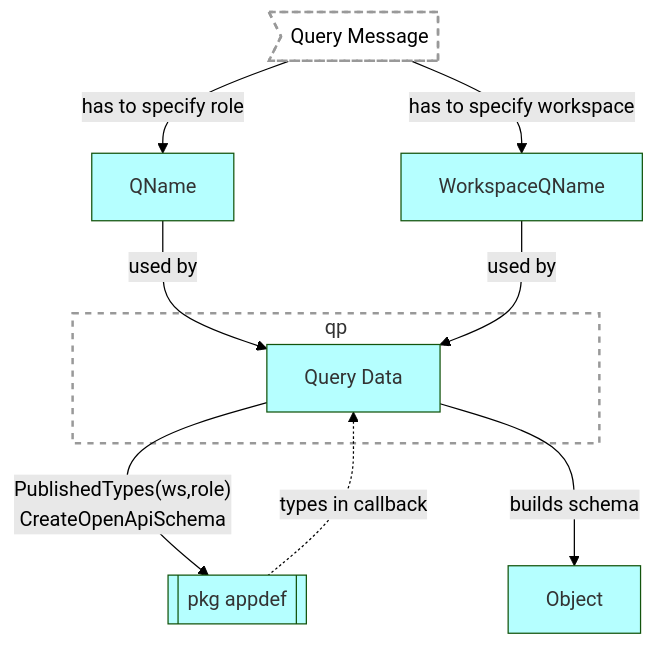
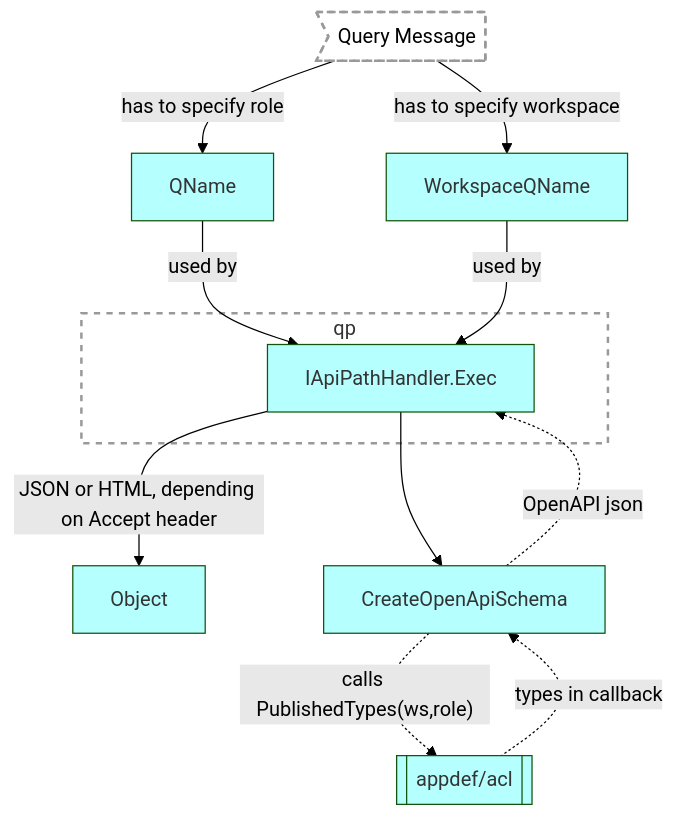
The diagram in server/apiv2/read-ws-role-schema.md (voedger/voedger-internals), drawn with Mermaid (forest theme) before and after one commit. The commit also changed other lines of this file, not shown here.

Commit message:
docs: enhance read-ws-role-schema.md with tech design and reqmd references

````diff
--- a/server/apiv2/read-ws-role-schema.md
+++ b/server/apiv2/read-ws-role-schema.md
@@ -31,25 +35,28 @@
 ```mermaid
 flowchart
 qpMessage>Query Message]:::G
 qp[Query Processor]:::G
-queryData[Query Data]:::S
-appdef[[pkg appdef]]:::S
+queryData:::S
+appdef[[appdef/acl]]:::S
 object[Object]:::S
+CreateOpenApiSchema:::S
 subgraph qp
-    queryData[Query Data]:::S
+    queryData[IApiPathHandler.Exec]:::S
 end
 qpMessage --> |has to specify role|QName:::S
 qpMessage --> |has to specify workspace|WorkspaceQName:::S
 QName --> |used by|queryData
 WorkspaceQName --> |used by|queryData
-queryData --> |"PublishedTypes(ws,role)<br>CreateOpenApiSchema"|appdef
-appdef -.-> |types in callback|queryData
-queryData --> |builds schema|object
+queryData --> CreateOpenApiSchema
+CreateOpenApiSchema -.-> |"calls PublishedTypes(ws,role)"| appdef
+appdef -.-> |types in callback|CreateOpenApiSchema
+queryData --> |JSON or HTML, depending on Accept header|object
+CreateOpenApiSchema -.-> |OpenAPI json|queryData
 
 
 %% Styles ====================
 classDef B fill:#FFFFB5,color:#333
 classDef S fill:#B5FFFF,color:#333
 classDef H fill:#C9E7B7,color:#333
 classDef G fill:#ffffff15, stroke:#999, stroke-width:2px, stroke-dasharray: 5 5
 ```
````
